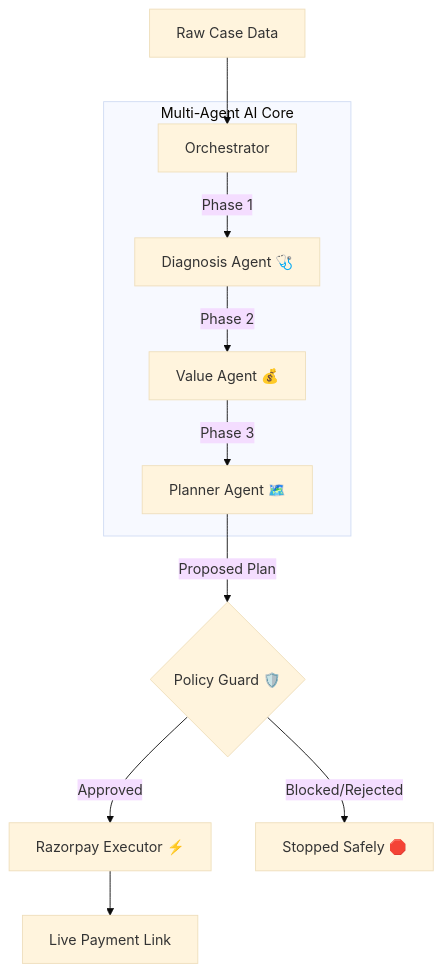
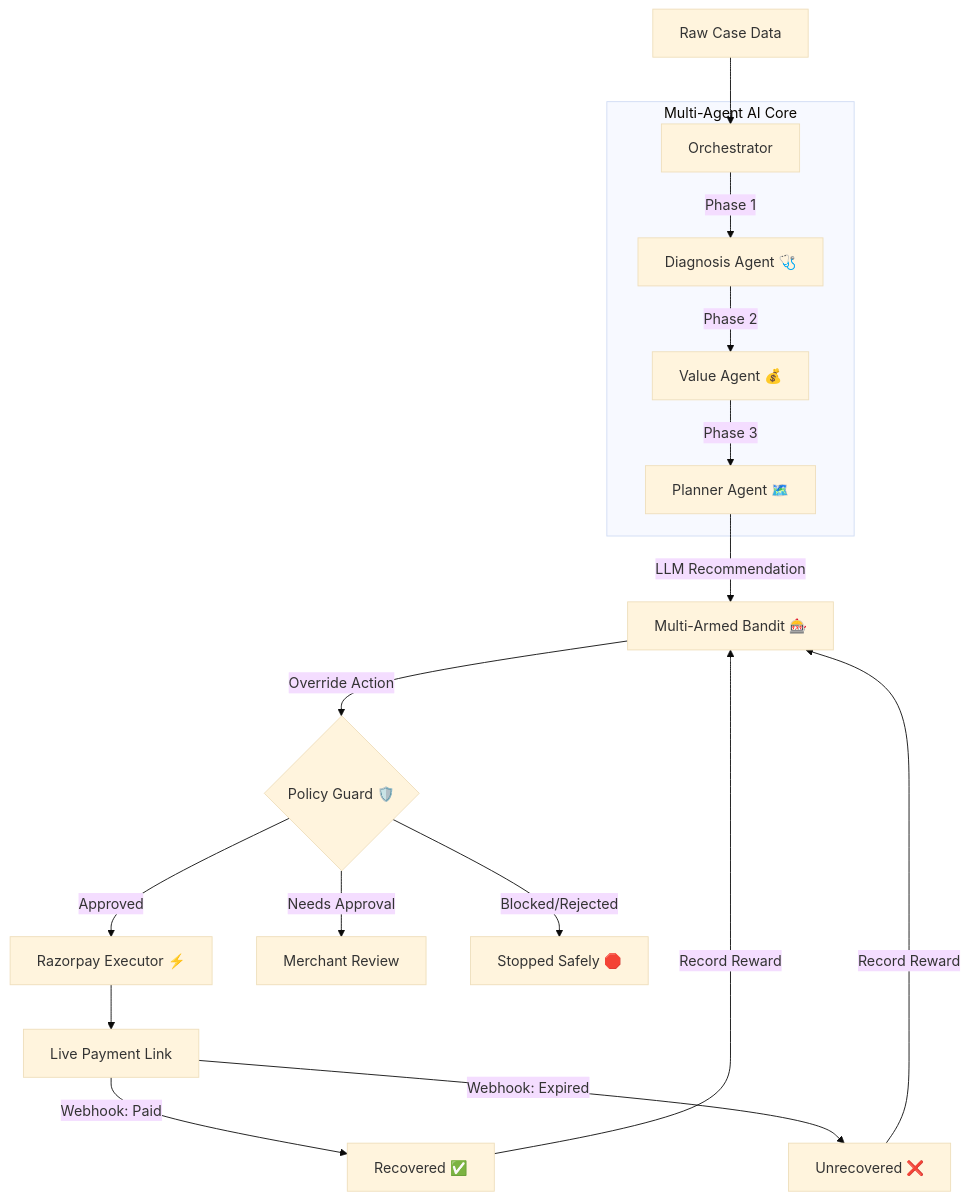
The diagram in README.md (mananjain86/RevivePay), drawn with Mermaid (base theme) before and after one commit. The commit also changed other lines of this file and 18 other files, not shown here.

First line of the commit message:
feat: implement multi-armed bandit (MAB) with A/B comparison engine

````diff
--- a/README.md
+++ b/README.md
@@ -38,17 +40,24 @@
 ```mermaid
 graph TD
     A[Raw Case Data] --> B[Orchestrator]
     
     subgraph Multi-Agent AI Core
     B -->|Phase 1| C[Diagnosis Agent 🩺]
     C -->|Phase 2| D[Value Agent 💰]
     D -->|Phase 3| E[Planner Agent 🗺️]
     end
 
-    E -->|Proposed Plan| F{Policy Guard 🛡️}
+    E -->|LLM Recommendation| MAB[Multi-Armed Bandit 🎰]
+    MAB -->|Override Action| F{Policy Guard 🛡️}
     
     F -->|Approved| G[Razorpay Executor ⚡]
+    F -->|Needs Approval| MA[Merchant Review]
     F -->|Blocked/Rejected| H[Stopped Safely 🛑]
     
     G --> I[Live Payment Link]
+    I -->|Webhook: Paid| R[Recovered ✅]
+    I -->|Webhook: Expired| U[Unrecovered ❌]
+    
+    R -->|Record Reward| MAB
+    U -->|Record Reward| MAB
 ```
````
